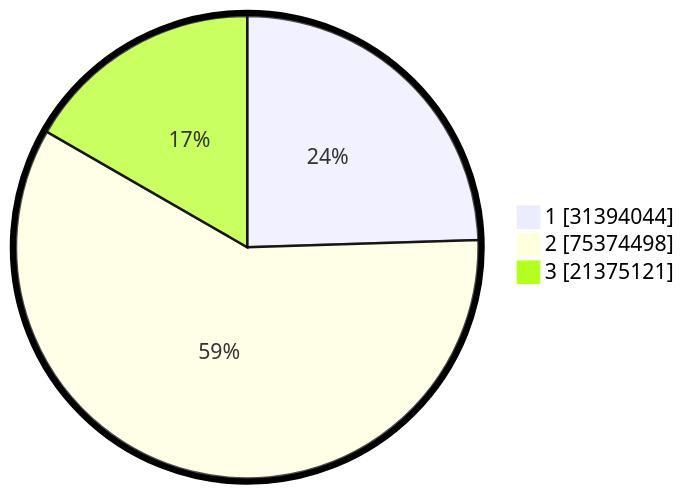
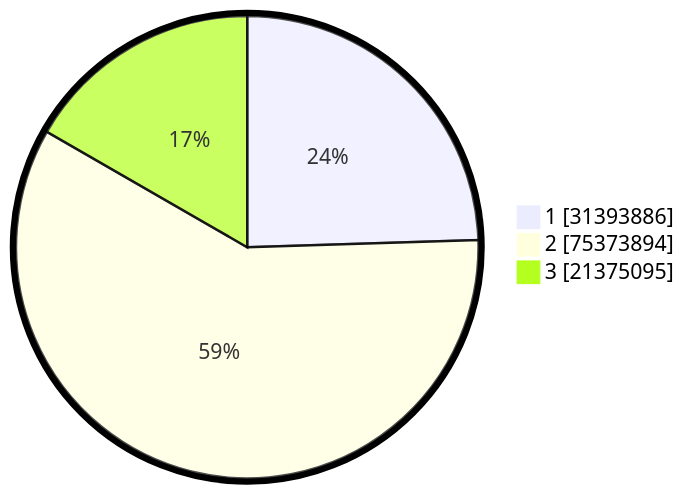
Before and after one commit to gigit-pemilu/pemilu-2024: the second of 2 diagrams in pilpres/hitung-suara/README.md, drawn with Mermaid. The commit also changed other lines of this file and 9 other files, not shown here.

````diff
--- a/pilpres/hitung-suara/README.md
+++ b/pilpres/hitung-suara/README.md
@@ -93,7 +93,7 @@
 ```mermaid
 %%{init: {"pie": {"textPosition": 0.5}, "themeVariables": {"pieOuterStrokeWidth": "5px"}} }%%
 pie showData
-    "1" : 31394044
-    "2" : 75374498
-    "3" : 21375121
+    "1" : 31393886
+    "2" : 75373894
+    "3" : 21375095
 ```
````
